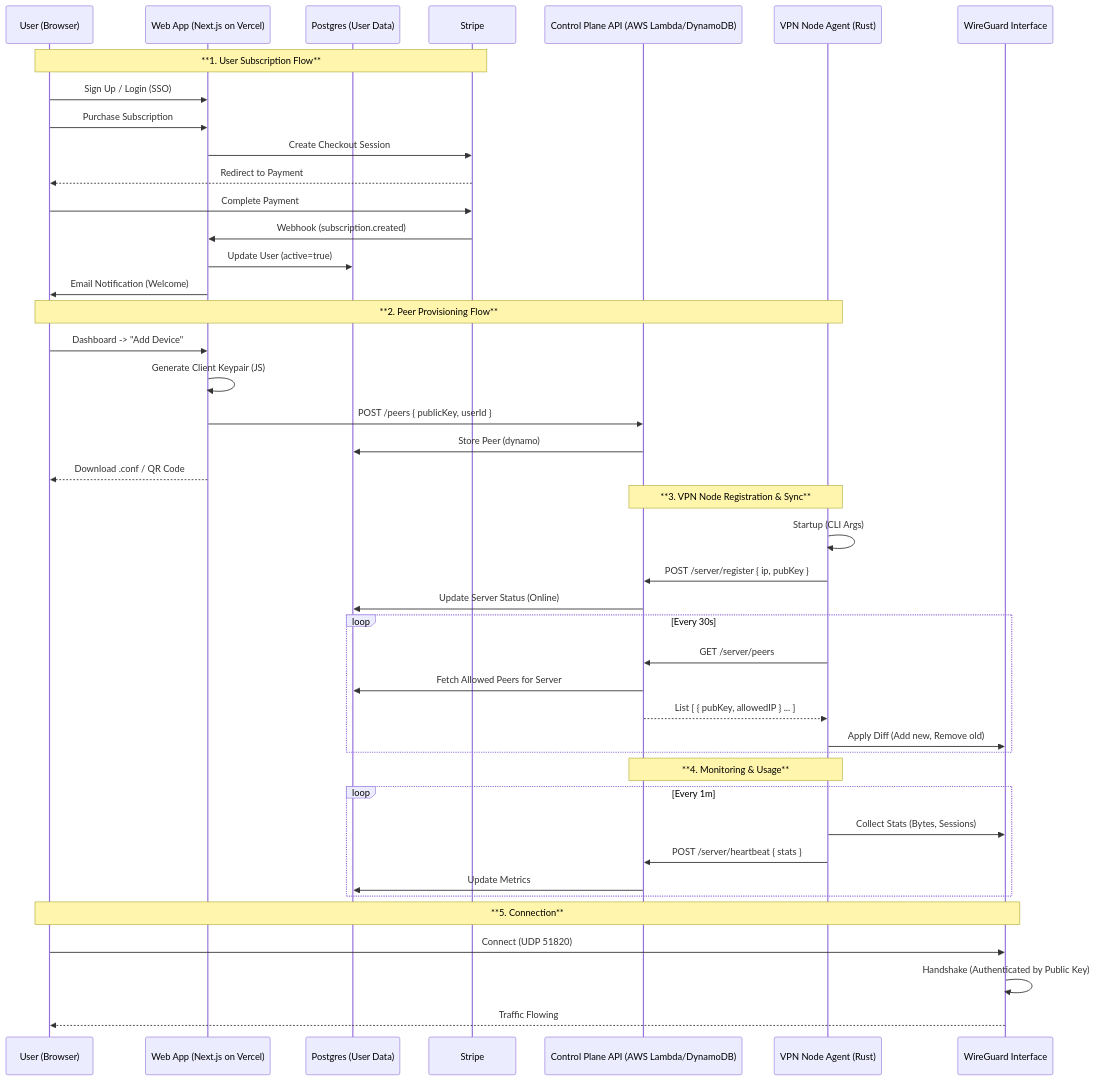
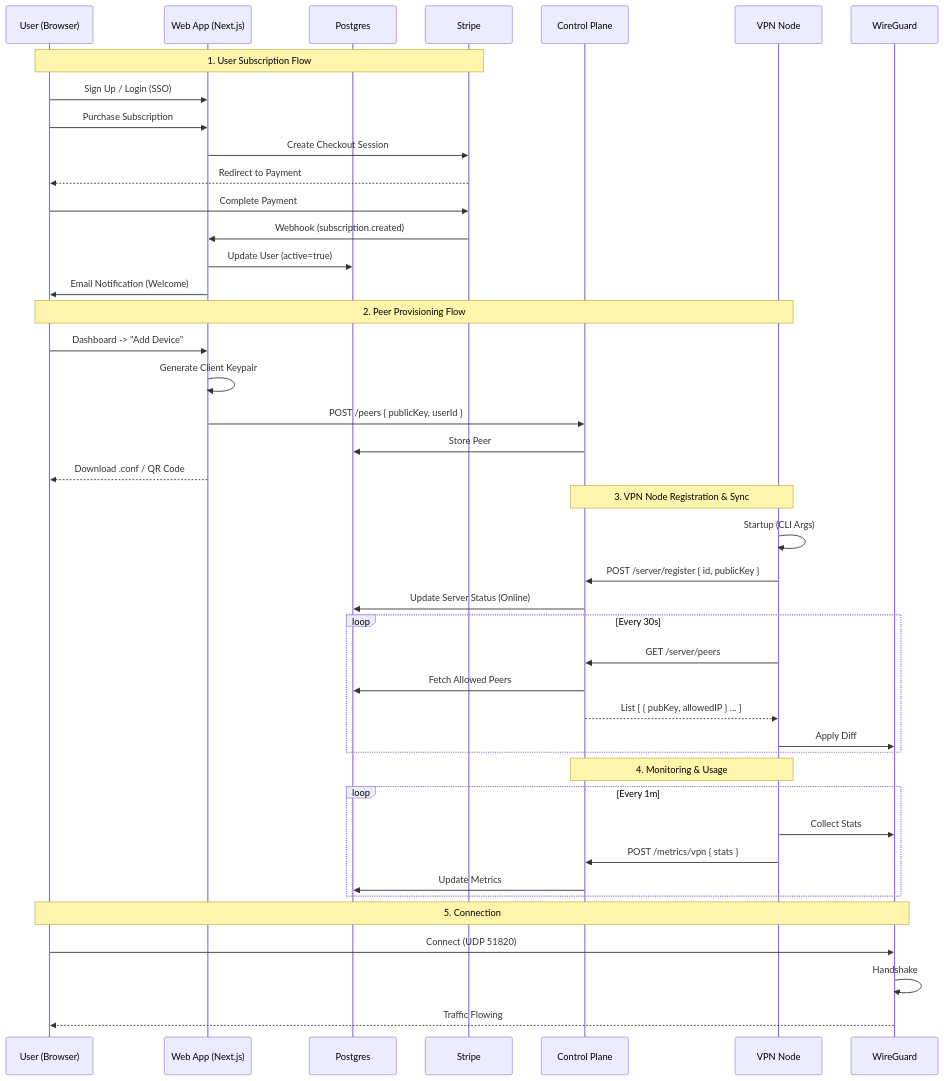
One commit to xnetcat/vpnVPN changed the diagram in docs/PROJECT_SPEC.md. Above: the diagram before and after it, drawn with Mermaid. The commit also changed other lines of this file and 59 other files, not shown here.

First line of the commit message:
Add desktop app connection state UI and deployment docs

````diff
--- a/docs/PROJECT_SPEC.md
+++ b/docs/PROJECT_SPEC.md
@@ -141,51 +124,51 @@
 ```mermaid
 sequenceDiagram
     participant U as User (Browser)
-    participant F as Web App (Next.js on Vercel)
-    participant DB as Postgres (User Data)
+    participant F as Web App (Next.js)
+    participant DB as Postgres
     participant S as Stripe
-    participant CP as Control Plane API (AWS Lambda/DynamoDB)
-    participant VPN as VPN Node Agent (Rust)
-    participant WG as WireGuard Interface
+    participant CP as Control Plane
+    participant VPN as VPN Node
+    participant WG as WireGuard
 
-    Note over U, S: **1. User Subscription Flow**
+    Note over U, S: 1. User Subscription Flow
     U->>F: Sign Up / Login (SSO)
     U->>F: Purchase Subscription
     F->>S: Create Checkout Session
     S-->>U: Redirect to Payment
     U->>S: Complete Payment
     S->>F: Webhook (subscription.created)
     F->>DB: Update User (active=true)
     F->>U: Email Notification (Welcome)
 
-    Note over U, VPN: **2. Peer Provisioning Flow**
+    Note over U, VPN: 2. Peer Provisioning Flow
     U->>F: Dashboard -> "Add Device"
-    F->>F: Generate Client Keypair (JS)
+    F->>F: Generate Client Keypair
     F->>CP: POST /peers { publicKey, userId }
-    CP->>DB: Store Peer (dynamo)
+    CP->>DB: Store Peer
     F-->>U: Download .conf / QR Code
 
-    Note over VPN, CP: **3. VPN Node Registration & Sync**
+    Note over VPN, CP: 3. VPN Node Registration & Sync
     VPN->>VPN: Startup (CLI Args)
-    VPN->>CP: POST /server/register { ip, pubKey }
+    VPN->>CP: POST /server/register { id, publicKey }
     CP->>DB: Update Server Status (Online)
 
     loop Every 30s
         VPN->>CP: GET /server/peers
-        CP->>DB: Fetch Allowed Peers for Server
+        CP->>DB: Fetch Allowed Peers
         CP-->>VPN: List [ { pubKey, allowedIP } ... ]
-        VPN->>WG: Apply Diff (Add new, Remove old)
+        VPN->>WG: Apply Diff
     end
 
-    Note over VPN, CP: **4. Monitoring & Usage**
+    Note over VPN, CP: 4. Monitoring & Usage
     loop Every 1m
-        VPN->>WG: Collect Stats (Bytes, Sessions)
-        VPN->>CP: POST /server/heartbeat { stats }
+        VPN->>WG: Collect Stats
+        VPN->>CP: POST /metrics/vpn { stats }
         CP->>DB: Update Metrics
     end
 
-    Note over U, WG: **5. Connection**
+    Note over U, WG: 5. Connection
     U->>WG: Connect (UDP 51820)
-    WG->>WG: Handshake (Authenticated by Public Key)
+    WG->>WG: Handshake
     WG-->>U: Traffic Flowing
 ```
````
